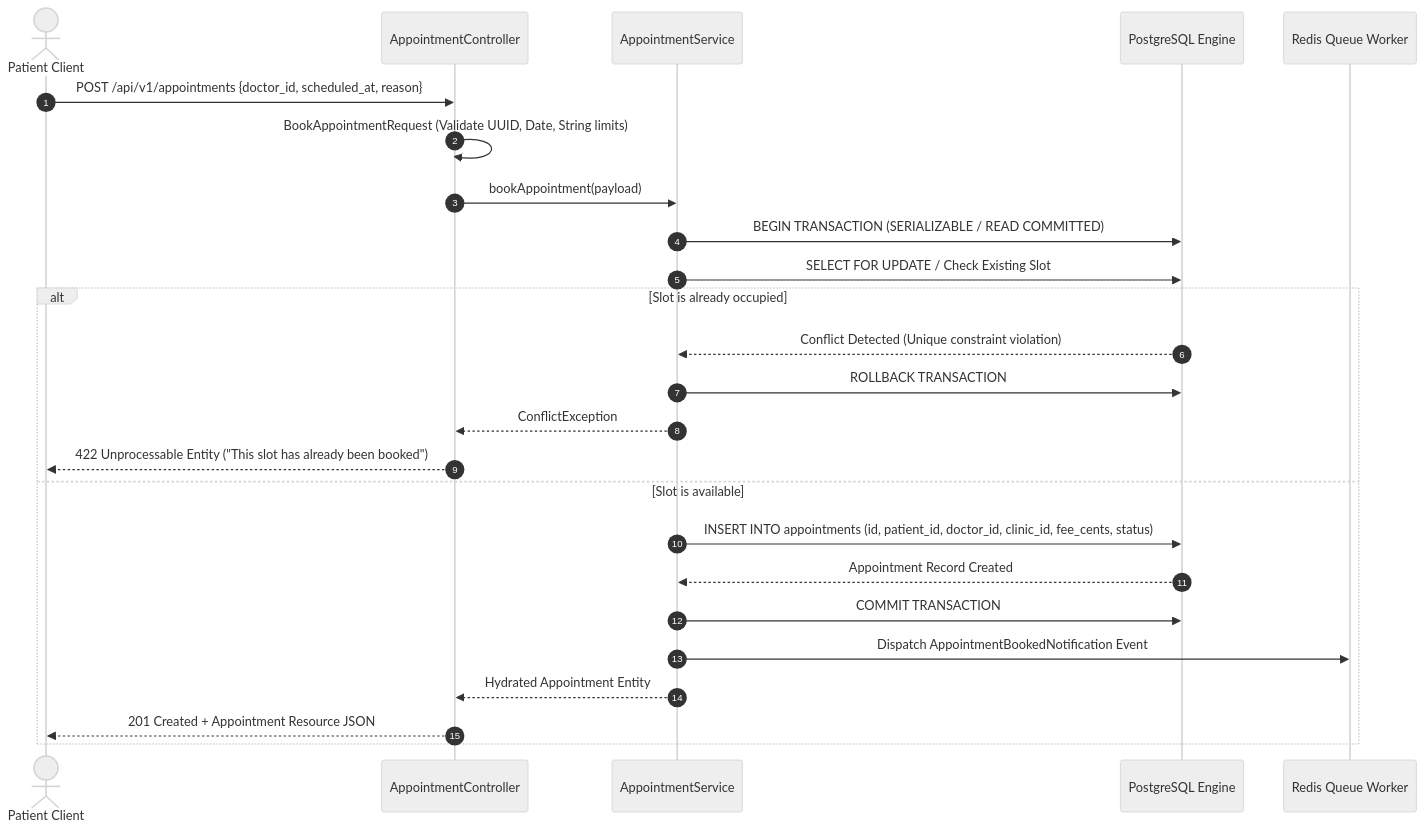
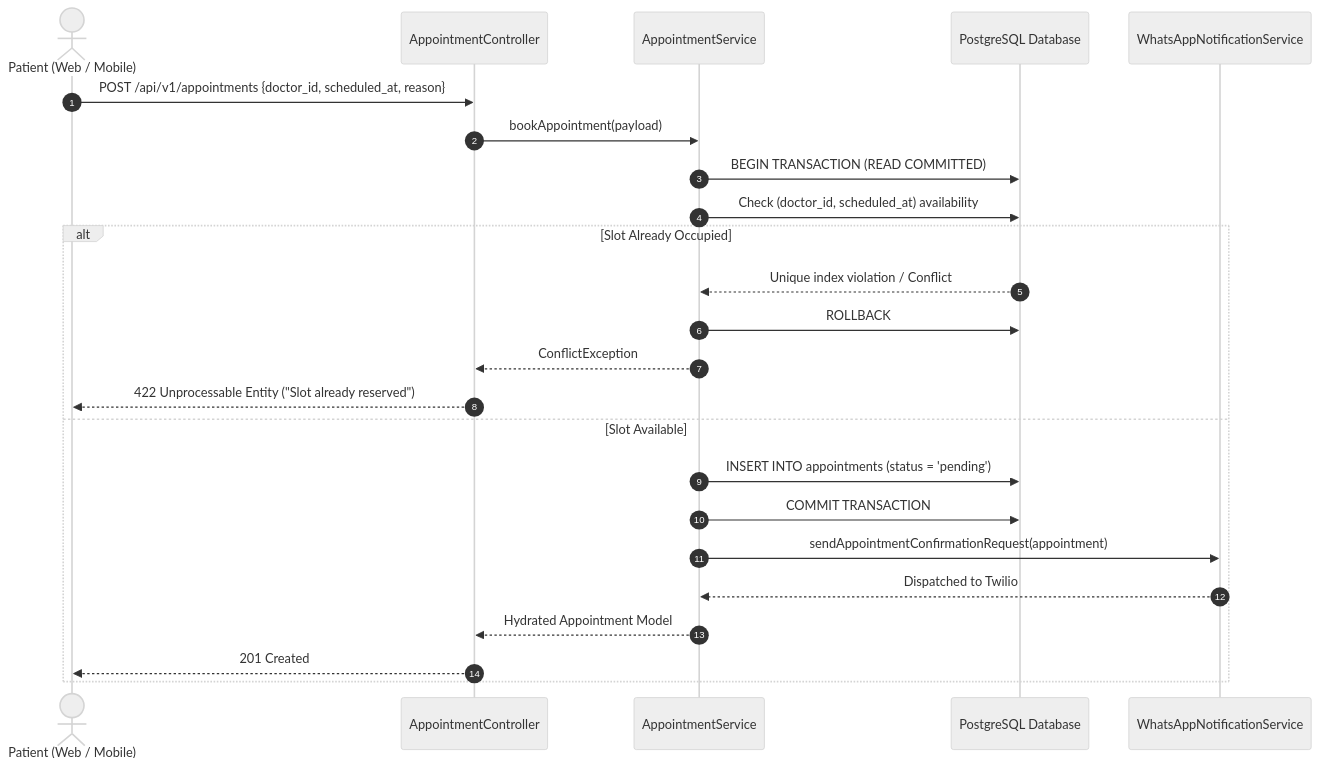
The third of 6 diagrams in docs/architecture_system_concepts.md (Abdelkouddous/care-pulse-v1), drawn with Mermaid (neutral theme) before and after one commit. The commit also changed other lines of this file and 316 other files, not shown here.

````diff
--- a/docs/architecture_system_concepts.md
+++ b/docs/architecture_system_concepts.md
@@ -133,30 +100,28 @@
 ```mermaid
 sequenceDiagram
     autonumber
-    actor Patient as Patient Client
-    participant API as AppointmentController
+    actor Patient as Patient (Web / Mobile)
+    participant Controller as AppointmentController
     participant Service as AppointmentService
-    participant DB as PostgreSQL Engine
-    participant Queue as Redis Queue Worker
+    participant DB as PostgreSQL Database
+    participant WA as WhatsAppNotificationService
 
-    Patient->>API: POST /api/v1/appointments {doctor_id, scheduled_at, reason}
-    API->>API: BookAppointmentRequest (Validate UUID, Date, String limits)
-    API->>Service: bookAppointment(payload)
+    Patient->>Controller: POST /api/v1/appointments {doctor_id, scheduled_at, reason}
+    Controller->>Service: bookAppointment(payload)
 
-    Service->>DB: BEGIN TRANSACTION (SERIALIZABLE / READ COMMITTED)
-    Service->>DB: SELECT FOR UPDATE / Check Existing Slot
-
-    alt Slot is already occupied
-        DB-->>Service: Conflict Detected (Unique constraint violation)
-        Service->>DB: ROLLBACK TRANSACTION
-        Service-->>API: ConflictException
-        API-->>Patient: 422 Unprocessable Entity ("This slot has already been booked")
-    else Slot is available
-        Service->>DB: INSERT INTO appointments (id, patient_id, doctor_id, clinic_id, fee_cents, status)
-        DB-->>Service: Appointment Record Created
+    Service->>DB: BEGIN TRANSACTION (READ COMMITTED)
+    Service->>DB: Check (doctor_id, scheduled_at) availability
+    alt Slot Already Occupied
+        DB-->>Service: Unique index violation / Conflict
+        Service->>DB: ROLLBACK
+        Service-->>Controller: ConflictException
+        Controller-->>Patient: 422 Unprocessable Entity ("Slot already reserved")
+    else Slot Available
+        Service->>DB: INSERT INTO appointments (status = 'pending')
         Service->>DB: COMMIT TRANSACTION
-        Service->>Queue: Dispatch AppointmentBookedNotification Event
-        Service-->>API: Hydrated Appointment Entity
-        API-->>Patient: 201 Created + Appointment Resource JSON
+        Service->>WA: sendAppointmentConfirmationRequest(appointment)
+        WA-->>Service: Dispatched to Twilio
+        Service-->>Controller: Hydrated Appointment Model
+        Controller-->>Patient: 201 Created
     end
 ```
````
